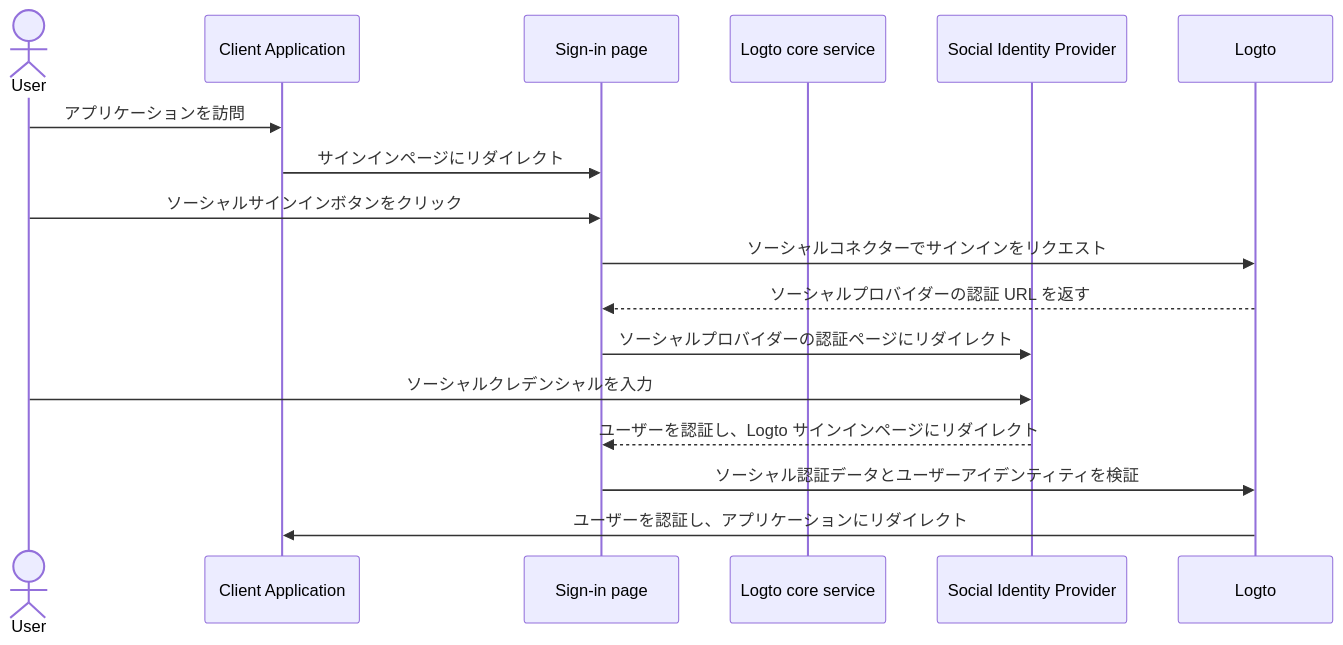
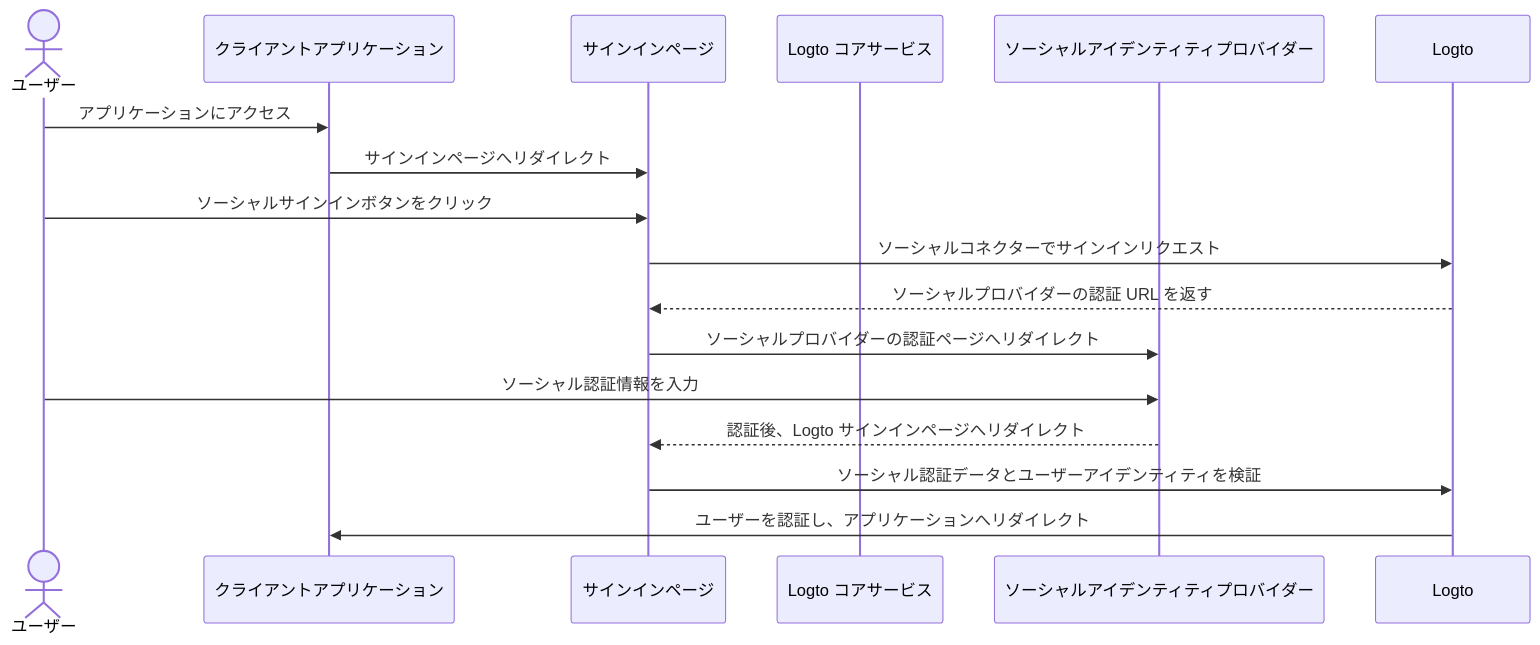
The first of 6 diagrams in i18n/ja/docusaurus-plugin-content-docs/current/end-user-flows/sign-up-and-sign-in/social-sign-in.mdx (logto-io/docs), drawn with Mermaid before and after one commit. The commit also changed other lines of this file and 59 other files, not shown here.

````diff
--- a/i18n/ja/docusaurus-plugin-content-docs/current/end-user-flows/sign-up-and-sign-in/social-sign-in.mdx
+++ b/i18n/ja/docusaurus-plugin-content-docs/current/end-user-flows/sign-up-and-sign-in/social-sign-in.mdx
@@ -44,19 +42,19 @@
 ```mermaid
 sequenceDiagram
-    actor user as User
-    participant app as Client Application
-    participant experience as Sign-in page
-    participant logto as Logto core service
-    participant social as Social Identity Provider
+    actor user as ユーザー
+    participant app as クライアントアプリケーション
+    participant experience as サインインページ
+    participant logto as Logto コアサービス
+    participant social as ソーシャルアイデンティティプロバイダー
 
-    user->>app: アプリケーションを訪問
-    app->>experience: サインインページにリダイレクト
+    user->>app: アプリケーションにアクセス
+    app->>experience: サインインページへリダイレクト
     user->>experience: ソーシャルサインインボタンをクリック
-    experience->>Logto: ソーシャルコネクターでサインインをリクエスト
+    experience->>Logto: ソーシャルコネクターでサインインリクエスト
     Logto-->>experience: ソーシャルプロバイダーの認証 URL を返す
-    experience->>social: ソーシャルプロバイダーの認証ページにリダイレクト
-    user->>social: ソーシャルクレデンシャルを入力
-    social-->>experience: ユーザーを認証し、Logto サインインページにリダイレクト
+    experience->>social: ソーシャルプロバイダーの認証ページへリダイレクト
+    user->>social: ソーシャル認証情報を入力
+    social-->>experience: 認証後、Logto サインインページへリダイレクト
     experience->>Logto: ソーシャル認証データとユーザーアイデンティティを検証
-    Logto->>app: ユーザーを認証し、アプリケーションにリダイレクト
+    Logto->>app: ユーザーを認証し、アプリケーションへリダイレクト
 ```
````
